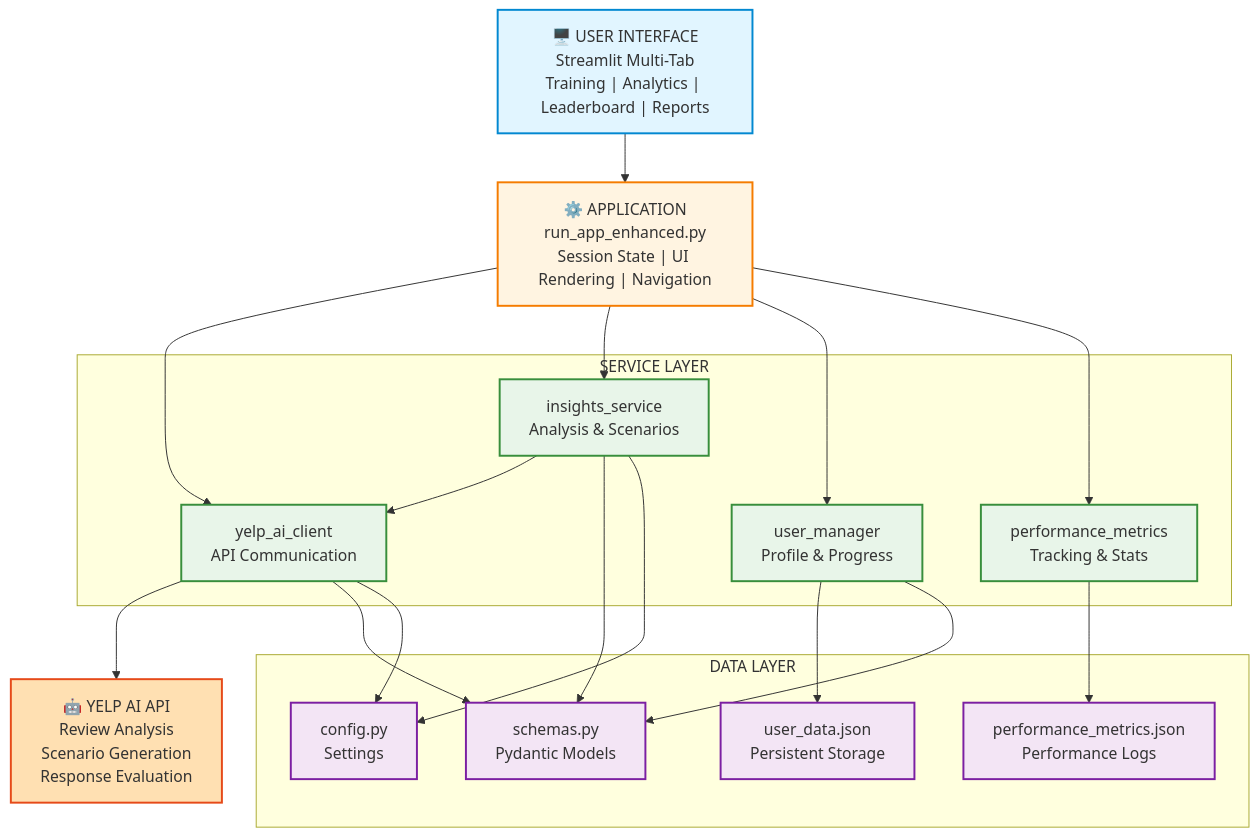
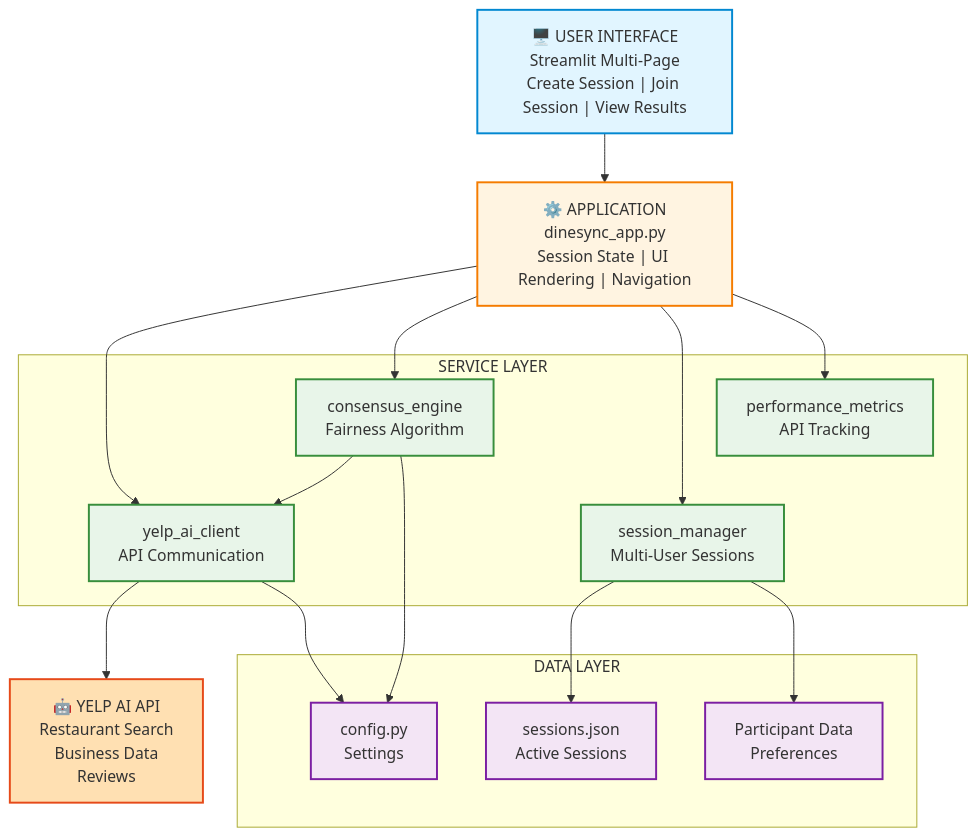
The second of 3 diagrams in README.md (ankitlade12/DineSync), drawn with Mermaid before and after one commit. The commit also changed other lines of this file and 32 other files, not shown here.

Commit message:
Initial DineSync implementation - AI-powered group dining consensus app

````diff
--- a/README.md
+++ b/README.md
@@ -68,51 +60,45 @@
 ```mermaid
 graph TB
-    UI["🖥️ USER INTERFACE<br/>Streamlit Multi-Tab<br/>Training | Analytics | Leaderboard | Reports"]
-    APP["⚙️ APPLICATION<br/>run_app_enhanced.py<br/>Session State | UI Rendering | Navigation"]
+    UI["🖥️ USER INTERFACE<br/>Streamlit Multi-Page<br/>Create Session | Join Session | View Results"]
+    APP["⚙️ APPLICATION<br/>dinesync_app.py<br/>Session State | UI Rendering | Navigation"]
     
     subgraph "SERVICE LAYER"
         SVC1["yelp_ai_client<br/>API Communication"]
-        SVC2["insights_service<br/>Analysis & Scenarios"]
-        SVC3["user_manager<br/>Profile & Progress"]
-        SVC4["performance_metrics<br/>Tracking & Stats"]
+        SVC2["consensus_engine<br/>Fairness Algorithm"]
+        SVC3["session_manager<br/>Multi-User Sessions"]
+        SVC4["performance_metrics<br/>API Tracking"]
     end
     
     subgraph "DATA LAYER"
-        DATA1["schemas.py<br/>Pydantic Models"]
-        DATA2["config.py<br/>Settings"]
-        DATA3["user_data.json<br/>Persistent Storage"]
-        DATA4["performance_metrics.json<br/>Performance Logs"]
+        DATA1["config.py<br/>Settings"]
+        DATA2["sessions.json<br/>Active Sessions"]
+        DATA3["Participant Data<br/>Preferences"]
     end
     
-    EXT["🤖 YELP AI API<br/>Review Analysis<br/>Scenario Generation<br/>Response Evaluation"]
+    EXT["🤖 YELP AI API<br/>Restaurant Search<br/>Business Data<br/>Reviews"]
 
     UI --> APP
     APP --> SVC1
     APP --> SVC2
     APP --> SVC3
     APP --> SVC4
     
     SVC1 --> EXT
     SVC2 --> SVC1
+    SVC3 --> DATA2
     SVC3 --> DATA3
-    SVC4 --> DATA4
     
     SVC1 --> DATA1
     SVC2 --> DATA1
-    SVC3 --> DATA1
-    
-    SVC1 --> DATA2
-    SVC2 --> DATA2
 
     style UI fill:#e1f5ff,stroke:#0288d1,stroke-width:2px
     style APP fill:#fff4e1,stroke:#f57c00,stroke-width:2px
     style SVC1 fill:#e8f5e9,stroke:#388e3c,stroke-width:2px
     style SVC2 fill:#e8f5e9,stroke:#388e3c,stroke-width:2px
     style SVC3 fill:#e8f5e9,stroke:#388e3c,stroke-width:2px
     style SVC4 fill:#e8f5e9,stroke:#388e3c,stroke-width:2px
     style DATA1 fill:#f3e5f5,stroke:#7b1fa2,stroke-width:2px
     style DATA2 fill:#f3e5f5,stroke:#7b1fa2,stroke-width:2px
     style DATA3 fill:#f3e5f5,stroke:#7b1fa2,stroke-width:2px
-    style DATA4 fill:#f3e5f5,stroke:#7b1fa2,stroke-width:2px
     style EXT fill:#ffe0b2,stroke:#e64a19,stroke-width:2px
 ```
````
